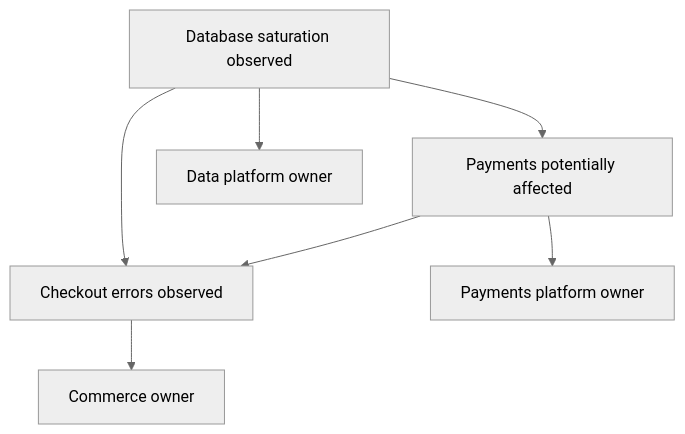
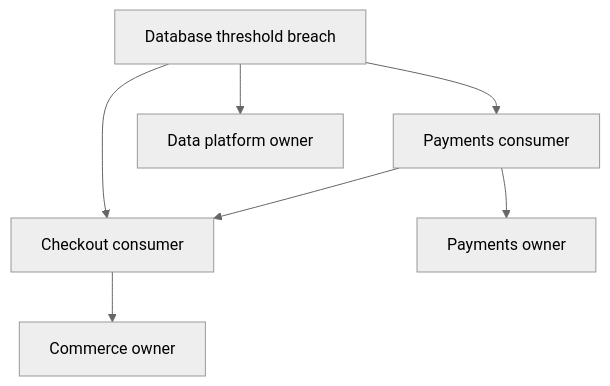
The third of 6 diagrams in README.md (anil7000/changeguard), drawn with Mermaid (neutral theme) before and after one commit. The commit also changed other lines of this file and 39 other files, not shown here.

````diff
--- a/README.md
+++ b/README.md
@@ -97,9 +79,9 @@
 ```mermaid
 flowchart TB
-  DB[Database saturation observed] --> Payments[Payments potentially affected]
-  DB --> Checkout[Checkout errors observed]
+  Database[Database threshold breach] --> Checkout[Checkout consumer]
+  Database --> Payments[Payments consumer]
   Payments --> Checkout
-  DB --> DataOwner[Data platform owner]
-  Payments --> PaymentOwner[Payments platform owner]
-  Checkout --> CommerceOwner[Commerce owner]
+  Checkout --> Commerce[Commerce owner]
+  Payments --> PaymentTeam[Payments owner]
+  Database --> DataTeam[Data platform owner]
 ```
````
